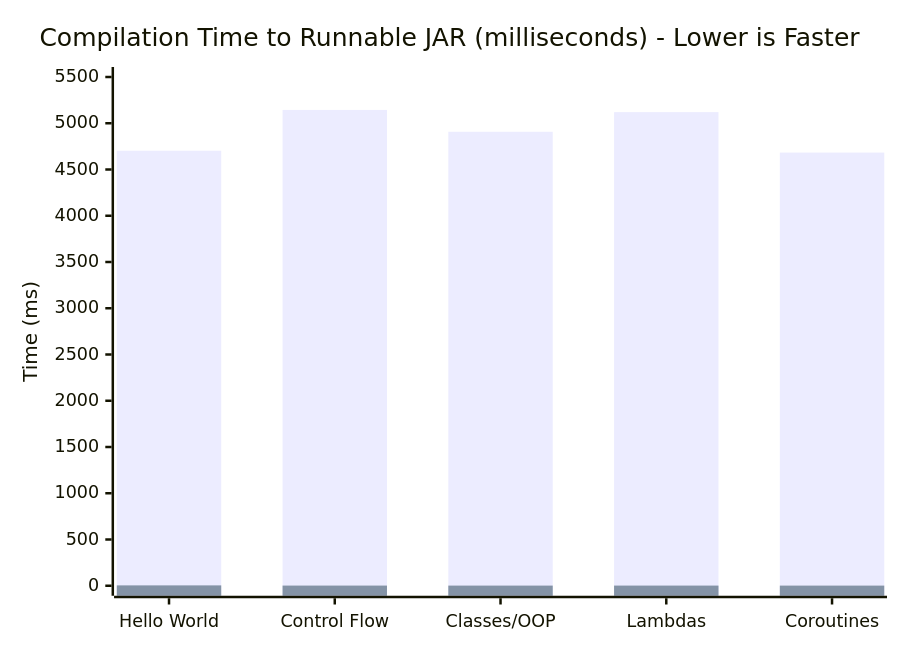
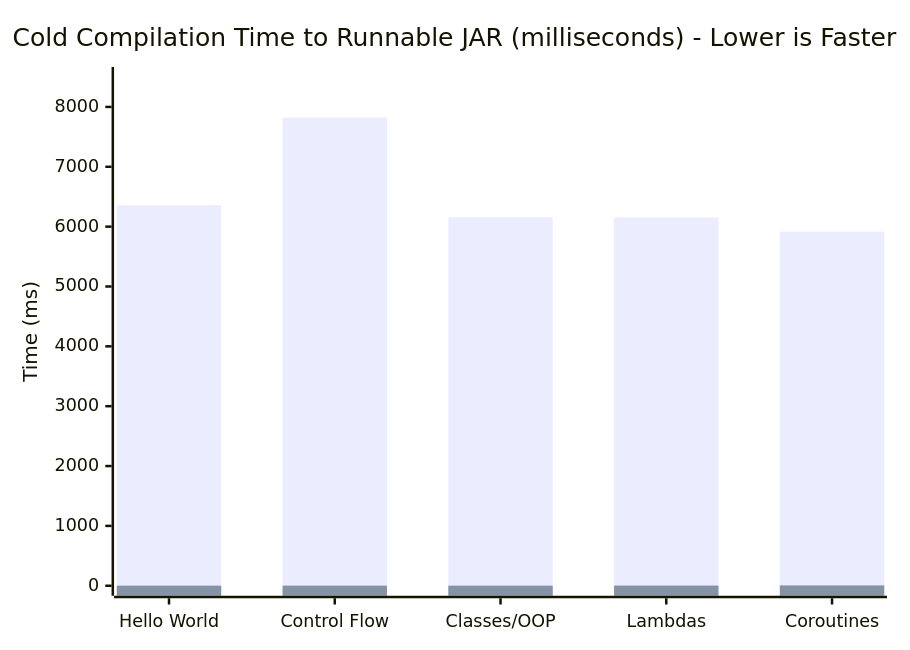
The diagram in COMPARISON.md (babar-xagi/kotlin3), drawn with Mermaid before and after one commit. The commit also changed other lines of this file and 15 other files, not shown here.

````diff
--- a/COMPARISON.md
+++ b/COMPARISON.md
@@ -31,8 +34,8 @@
 ```mermaid
 xychart-beta
-    title "Compilation Time to Runnable JAR (milliseconds) - Lower is Faster"
+    title "Cold Compilation Time to Runnable JAR (milliseconds) - Lower is Faster"
     x-axis ["Hello World", "Control Flow", "Classes/OOP", "Lambdas", "Coroutines"]
-    y-axis "Time (ms)" 0 --> 5500
-    bar [4703, 5144, 4908, 5120, 4683]
-    bar [3.9, 1.9, 1.7, 1.8, 1.6]
+    y-axis "Time (ms)" 0 --> 8500
+    bar [6358, 7821, 6156, 6154, 5916]
+    bar [1.7, 1.7, 1.8, 3.0, 5.7]
 ```
````
